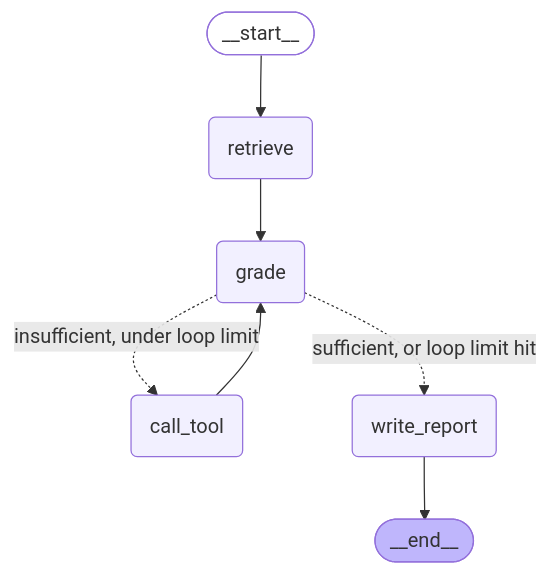
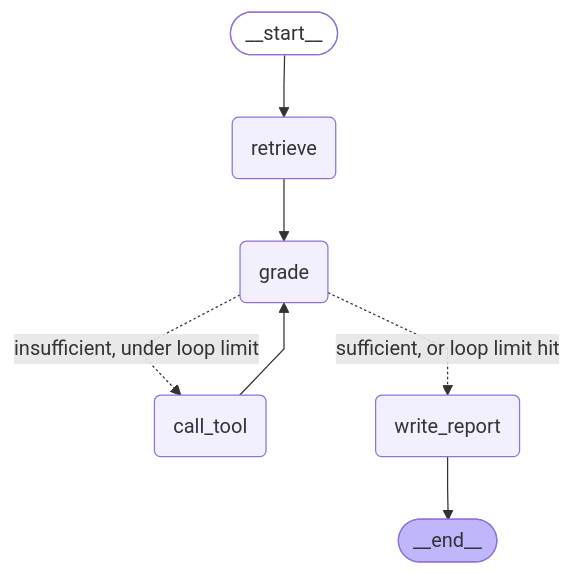
The second of 2 diagrams in README.md (sagar3799/langgraph-report-agent), drawn with Mermaid before and after one commit. The commit also changed other lines of this file and 14 other files, not shown here.

````diff
--- a/README.md
+++ b/README.md
@@ -20,18 +78,23 @@
 ```mermaid
+---
+config:
+  flowchart:
+    curve: linear
+---
 graph TD;
-	__start__([__start__]):::first
+	__start__([<p>__start__</p>]):::first
 	retrieve(retrieve)
 	grade(grade)
 	call_tool(call_tool)
 	write_report(write_report)
-	__end__([__end__]):::last
+	__end__([<p>__end__</p>]):::last
 	__start__ --> retrieve;
 	call_tool --> grade;
 	grade -.->|insufficient, under loop limit| call_tool;
 	grade -.->|sufficient, or loop limit hit| write_report;
 	retrieve --> grade;
 	write_report --> __end__;
 	classDef default fill:#f2f0ff,line-height:1.2
 	classDef first fill-opacity:0
 	classDef last fill:#bfb6fc
 ```
````
